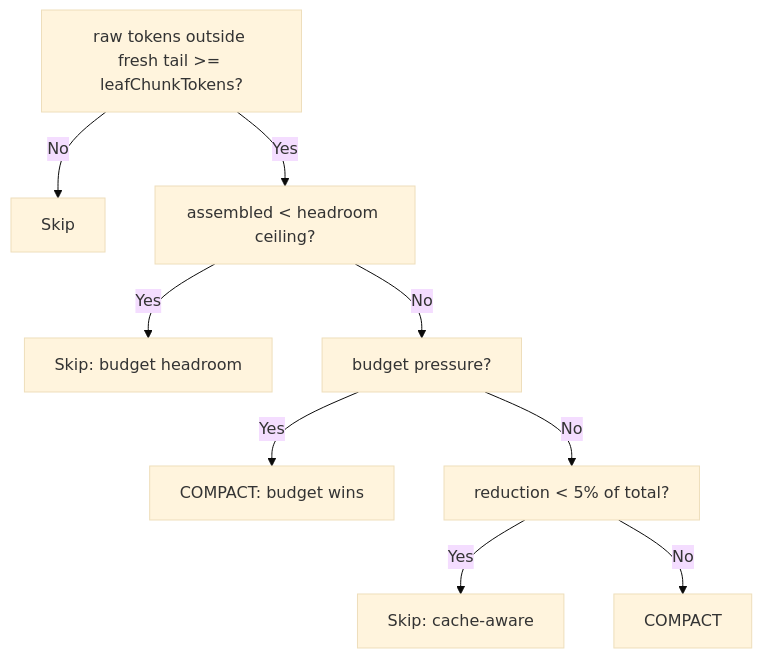
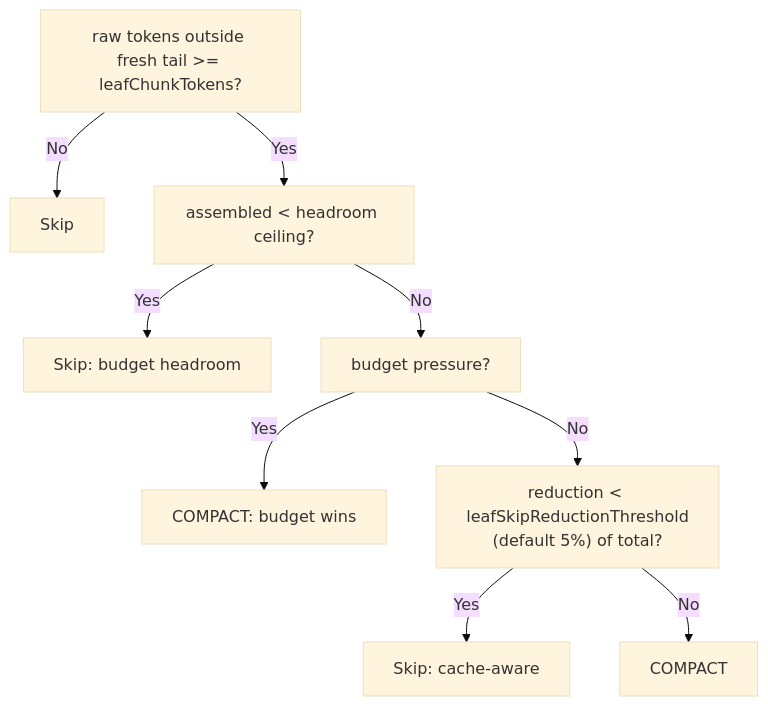
Before and after one commit to Martian-Engineering/lossless-claw: the diagram in docs/architecture.md, drawn with Mermaid (base theme). The commit also changed 1 other file, not shown here.

Commit message:
docs: add missing env vars, use config param names in flowcharts
- Add LCM_LEAF_MIN_FANOUT, LCM_CONDENSED_MIN_FANOUT, and
  LCM_CONDENSED_MIN_FANOUT_HARD to the settings table
- Replace hard-coded "5%" in flowcharts with
  "leafSkipReductionThreshold (default 5%)" in both
  compaction-tuning.md and architecture.md

````diff
--- a/docs/architecture.md
+++ b/docs/architecture.md
@@ -107,11 +107,11 @@
 ```mermaid
 flowchart TD
     A["raw tokens outside fresh tail >= leafChunkTokens?"] -->|No| Z["Skip"]
     A -->|Yes| B["assembled < headroom ceiling?"]
     B -->|Yes| Y["Skip: budget headroom"]
     B -->|No| C["budget pressure?"]
     C -->|Yes| E["COMPACT: budget wins"]
-    C -->|No| D["reduction < 5% of total?"]
+    C -->|No| D["reduction < leafSkipReductionThreshold<br/>(default 5%) of total?"]
     D -->|Yes| X["Skip: cache-aware"]
     D -->|No| G["COMPACT"]
 ```
````
